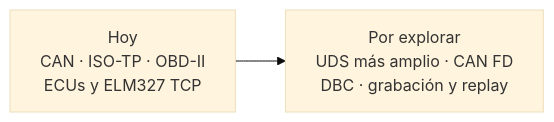
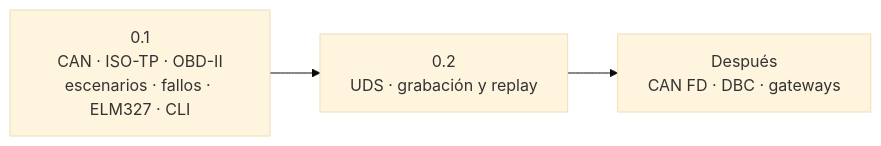
The second of 2 diagrams in README.md (rodar-cl/ecusdk), drawn with Mermaid (base theme) before and after one commit. The commit also changed other lines of this file and 14 other files, not shown here.

````diff
--- a/README.md
+++ b/README.md
@@ -210,4 +209,4 @@
 ```mermaid
 flowchart LR
-    NOW[Hoy<br/>CAN · ISO-TP · OBD-II<br/>ECUs y ELM327 TCP] --> NEXT[Por explorar<br/>UDS más amplio · CAN FD<br/>DBC · grabación y replay]
+    NOW[0.1<br/>CAN · ISO-TP · OBD-II<br/>escenarios · fallos · ELM327 · CLI] --> NEXT[0.2<br/>UDS · grabación y replay] --> LATER[Después<br/>CAN FD · DBC · gateways]
 ```
````
